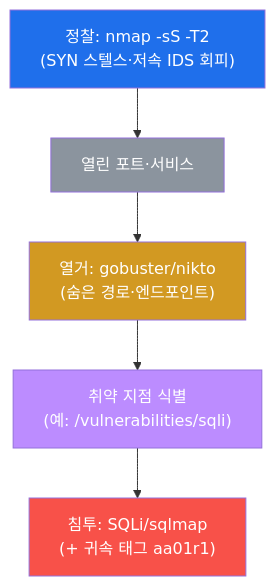
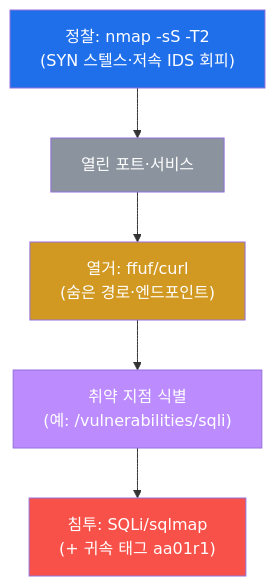
Before and after one commit to mrgrit/tw2: the second of 4 diagrams in contents/training/attack-adv/lecture_week01.md, drawn with Mermaid. The commit also changed other lines of this file, not shown here.

First line of the commit message:
docs(attack-adv): W01 강의 골드 확장 (182→313줄) — 킬체인×도구×ATT&CK 표·바인드vs리버스·귀속태그란·nmap 플래그·gobuster 깨짐 정직성·임의작명

````diff
--- a/contents/training/attack-adv/lecture_week01.md
+++ b/contents/training/attack-adv/lecture_week01.md
@@ -96,13 +146,13 @@
 ```mermaid
 graph TD
     SCAN["정찰: nmap -sS -T2<br/>(SYN 스텔스·저속 IDS 회피)"]
     SCAN --> PORTS["열린 포트·서비스"]
-    PORTS --> ENUM["열거: gobuster/nikto<br/>(숨은 경로·엔드포인트)"]
+    PORTS --> ENUM["열거: ffuf/curl<br/>(숨은 경로·엔드포인트)"]
     ENUM --> VULN["취약 지점 식별<br/>(예: /vulnerabilities/sqli)"]
     VULN --> EXP["침투: SQLi/sqlmap<br/>(+ 귀속 태그 aa01r1)"]
     style SCAN fill:#1f6feb,color:#fff
     style PORTS fill:#8b949e,color:#fff
     style ENUM fill:#d29922,color:#fff
     style VULN fill:#bc8cff,color:#fff
     style EXP fill:#f85149,color:#fff
 ```
````
